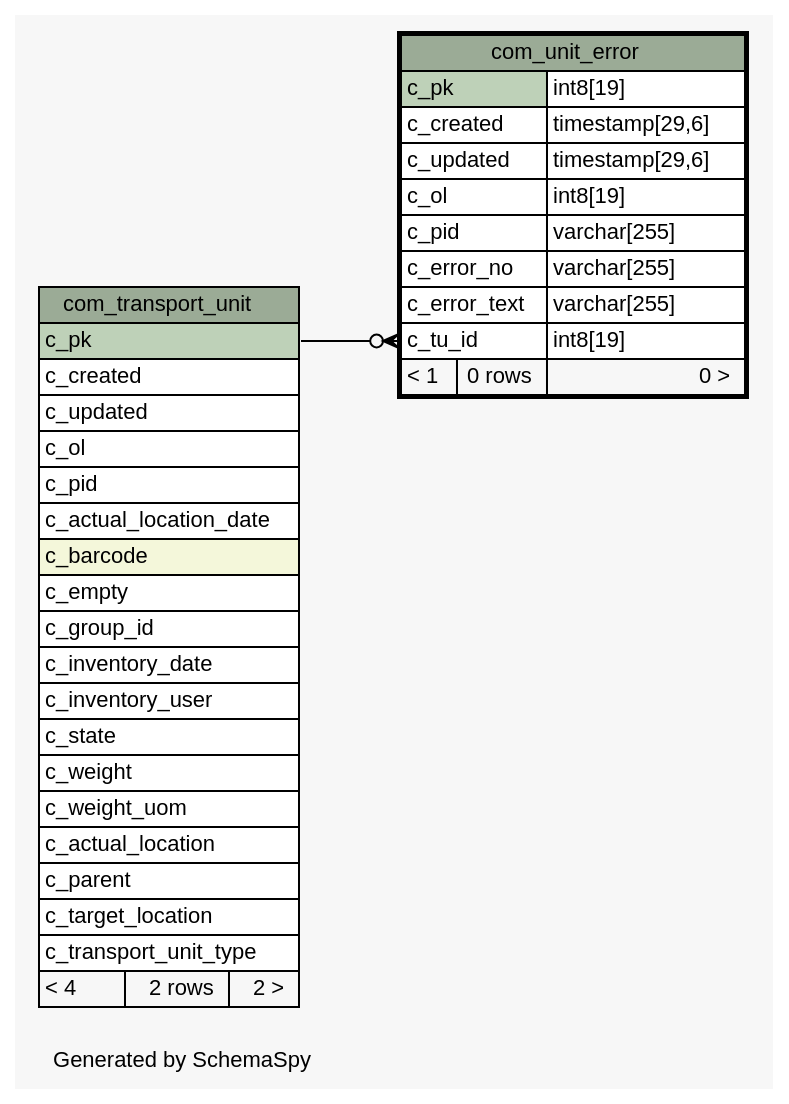
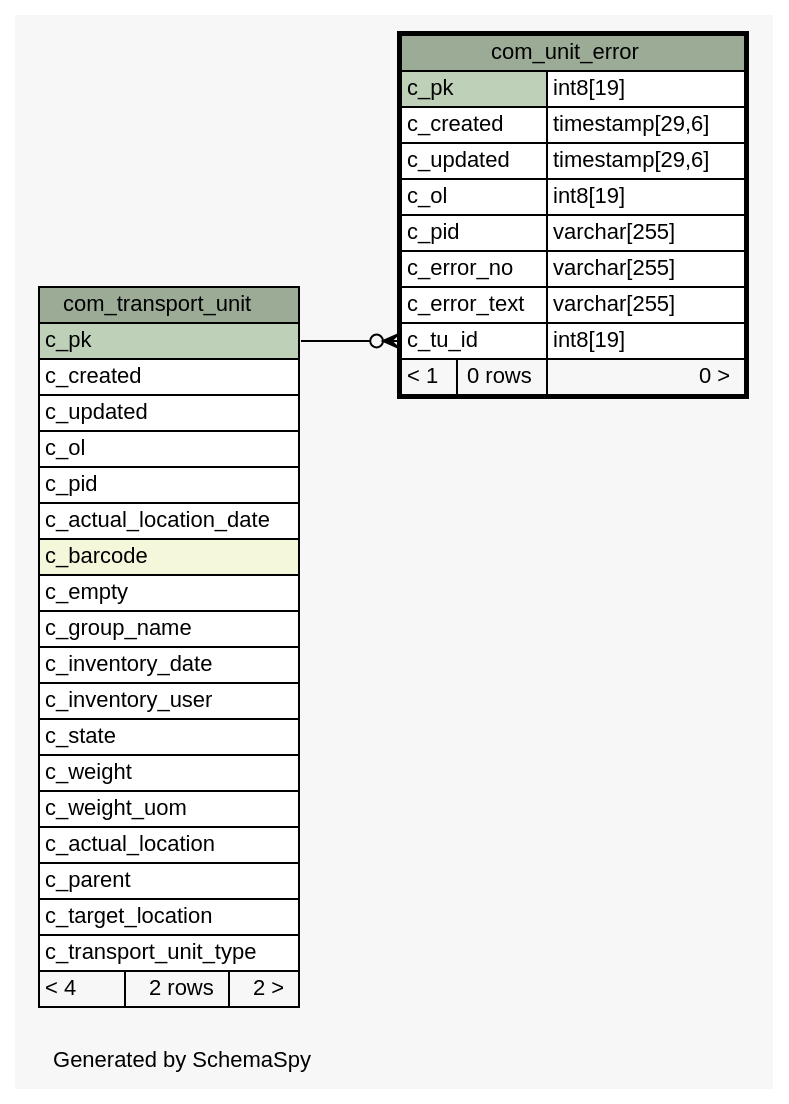
The diagram in 2.0.0-SNAPSHOT/schemaspy/diagrams/com_unit_error.1degree.dot (openwms/org.openwms.common.service.lib), drawn with Graphviz before and after one commit. The commit also changed 500 other files, not shown here.

```diff
--- a/2.0.0-SNAPSHOT/schemaspy/diagrams/com_unit_error.1degree.dot
+++ b/2.0.0-SNAPSHOT/schemaspy/diagrams/com_unit_error.1degree.dot
@@ -1,67 +1,67 @@
 // dot 2.43.0 on Linux 5.11.0-1027-azure
 // SchemaSpy rev Unknown
 digraph "oneDegreeRelationshipsDiagram" {
   graph [
     rankdir="RL"
     bgcolor="#f7f7f7"
     label="\nGenerated by SchemaSpy"
     labeljust="l"
     nodesep="0.18"
     ranksep="0.46"
     fontname="Helvetica"
     fontsize="11"
   ];
   node [
     fontname="Helvetica"
     fontsize="11"
     shape="plaintext"
   ];
   edge [
     arrowsize="0.8"
   ];
   "com_unit_error":"c_tu_id":w -> "com_transport_unit":"c_pk":e [arrowhead=none dir=back arrowtail=crowodot];
   "com_transport_unit" [
     label=<
     <TABLE BORDER="0" CELLBORDER="1" CELLSPACING="0" BGCOLOR="#ffffff">
       <TR><TD COLSPAN="3" BGCOLOR="#9bab96" ALIGN="CENTER">com_transport_unit</TD></TR>
       <TR><TD PORT="c_pk" COLSPAN="3" BGCOLOR="#bed1b8" ALIGN="LEFT">c_pk</TD></TR>
       <TR><TD PORT="c_created" COLSPAN="3" ALIGN="LEFT">c_created</TD></TR>
       <TR><TD PORT="c_updated" COLSPAN="3" ALIGN="LEFT">c_updated</TD></TR>
       <TR><TD PORT="c_ol" COLSPAN="3" ALIGN="LEFT">c_ol</TD></TR>
       <TR><TD PORT="c_pid" COLSPAN="3" ALIGN="LEFT">c_pid</TD></TR>
       <TR><TD PORT="c_actual_location_date" COLSPAN="3" ALIGN="LEFT">c_actual_location_date</TD></TR>
       <TR><TD PORT="c_barcode" COLSPAN="3" BGCOLOR="#f4f7da" ALIGN="LEFT">c_barcode</TD></TR>
       <TR><TD PORT="c_empty" COLSPAN="3" ALIGN="LEFT">c_empty</TD></TR>
-      <TR><TD PORT="c_group_id" COLSPAN="3" ALIGN="LEFT">c_group_id</TD></TR>
+      <TR><TD PORT="c_group_name" COLSPAN="3" ALIGN="LEFT">c_group_name</TD></TR>
       <TR><TD PORT="c_inventory_date" COLSPAN="3" ALIGN="LEFT">c_inventory_date</TD></TR>
       <TR><TD PORT="c_inventory_user" COLSPAN="3" ALIGN="LEFT">c_inventory_user</TD></TR>
       <TR><TD PORT="c_state" COLSPAN="3" ALIGN="LEFT">c_state</TD></TR>
       <TR><TD PORT="c_weight" COLSPAN="3" ALIGN="LEFT">c_weight</TD></TR>
       <TR><TD PORT="c_weight_uom" COLSPAN="3" ALIGN="LEFT">c_weight_uom</TD></TR>
       <TR><TD PORT="c_actual_location" COLSPAN="3" ALIGN="LEFT">c_actual_location</TD></TR>
       <TR><TD PORT="c_parent" COLSPAN="3" ALIGN="LEFT">c_parent</TD></TR>
       <TR><TD PORT="c_target_location" COLSPAN="3" ALIGN="LEFT">c_target_location</TD></TR>
       <TR><TD PORT="c_transport_unit_type" COLSPAN="3" ALIGN="LEFT">c_transport_unit_type</TD></TR>
       <TR><TD ALIGN="LEFT" BGCOLOR="#f7f7f7">&lt; 4</TD><TD ALIGN="RIGHT" BGCOLOR="#f7f7f7">2 rows</TD><TD ALIGN="RIGHT" BGCOLOR="#f7f7f7">2 &gt;</TD></TR>
     </TABLE>>
     URL="com_transport_unit.html"
     tooltip="com_transport_unit"
   ];
   "com_unit_error" [
     label=<
     <TABLE BORDER="2" CELLBORDER="1" CELLSPACING="0" BGCOLOR="#ffffff">
       <TR><TD COLSPAN="3" BGCOLOR="#9bab96" ALIGN="CENTER">com_unit_error</TD></TR>
       <TR><TD PORT="c_pk" COLSPAN="2" BGCOLOR="#bed1b8" ALIGN="LEFT">c_pk</TD><TD PORT="c_pk.type" ALIGN="LEFT">int8[19]</TD></TR>
       <TR><TD PORT="c_created" COLSPAN="2" ALIGN="LEFT">c_created</TD><TD PORT="c_created.type" ALIGN="LEFT">timestamp[29,6]</TD></TR>
       <TR><TD PORT="c_updated" COLSPAN="2" ALIGN="LEFT">c_updated</TD><TD PORT="c_updated.type" ALIGN="LEFT">timestamp[29,6]</TD></TR>
       <TR><TD PORT="c_ol" COLSPAN="2" ALIGN="LEFT">c_ol</TD><TD PORT="c_ol.type" ALIGN="LEFT">int8[19]</TD></TR>
       <TR><TD PORT="c_pid" COLSPAN="2" ALIGN="LEFT">c_pid</TD><TD PORT="c_pid.type" ALIGN="LEFT">varchar[255]</TD></TR>
       <TR><TD PORT="c_error_no" COLSPAN="2" ALIGN="LEFT">c_error_no</TD><TD PORT="c_error_no.type" ALIGN="LEFT">varchar[255]</TD></TR>
       <TR><TD PORT="c_error_text" COLSPAN="2" ALIGN="LEFT">c_error_text</TD><TD PORT="c_error_text.type" ALIGN="LEFT">varchar[255]</TD></TR>
       <TR><TD PORT="c_tu_id" COLSPAN="2" ALIGN="LEFT">c_tu_id</TD><TD PORT="c_tu_id.type" ALIGN="LEFT">int8[19]</TD></TR>
       <TR><TD ALIGN="LEFT" BGCOLOR="#f7f7f7">&lt; 1</TD><TD ALIGN="RIGHT" BGCOLOR="#f7f7f7">0 rows</TD><TD ALIGN="RIGHT" BGCOLOR="#f7f7f7">0 &gt;</TD></TR>
     </TABLE>>
     URL="com_unit_error.html"
     tooltip="com_unit_error"
   ];
 }
```
